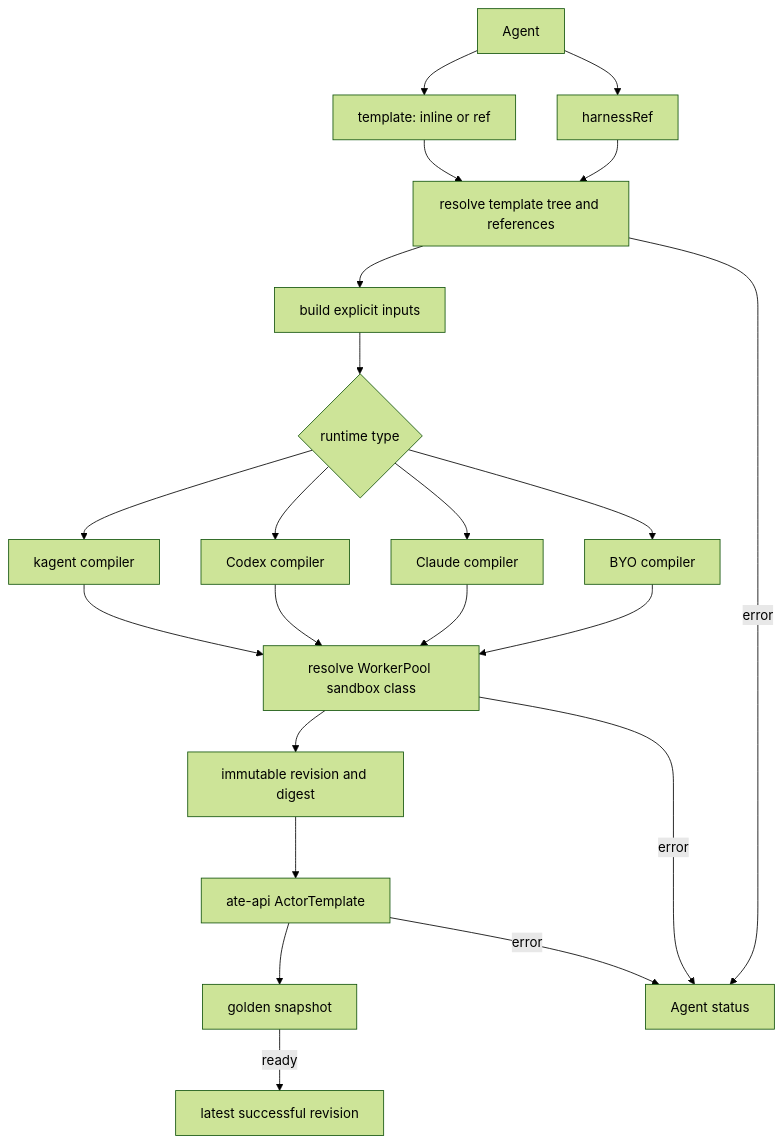
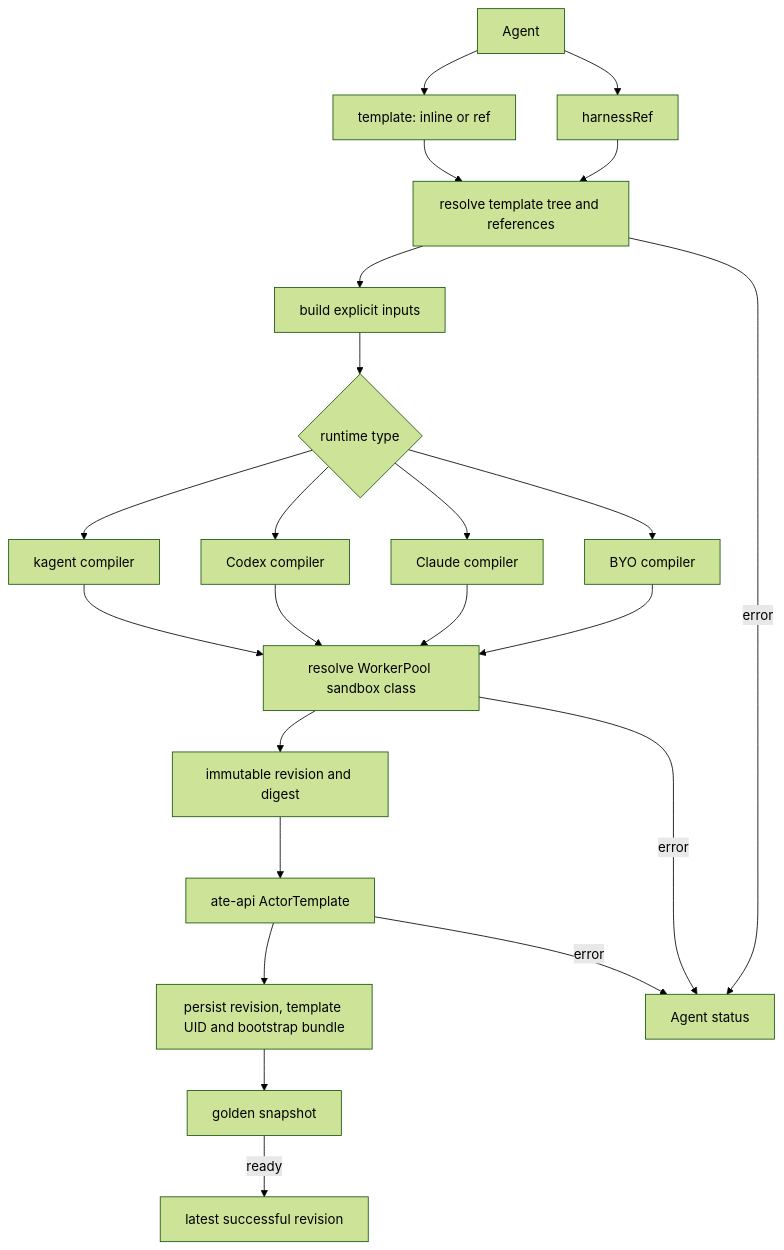
Before and after one commit to kagent-dev/kagent: the diagram in docs/architecture/configuration-and-compilation.md, drawn with Mermaid (forest theme). The commit also changed other lines of this file and 88 other files, not shown here.

First line of the commit message:
feat(runtime): bootstrap revision configuration from durable bundles (#3515)

````diff
--- a/docs/architecture/configuration-and-compilation.md
+++ b/docs/architecture/configuration-and-compilation.md
@@ -137,24 +137,25 @@
 ```mermaid
 flowchart TD
     A[Agent] --> T[template: inline or ref]
     A --> H[harnessRef]
     T --> RESOLVE[resolve template tree and references]
     H --> RESOLVE
     RESOLVE --> INPUTS[build explicit inputs]
     INPUTS --> REGISTRY{runtime type}
     REGISTRY --> K[kagent compiler]
     REGISTRY --> X[Codex compiler]
     REGISTRY --> C[Claude compiler]
     REGISTRY --> B[BYO compiler]
     K --> POOL[resolve WorkerPool sandbox class]
     X --> POOL
     C --> POOL
     B --> POOL
     POOL --> REV[immutable revision and digest]
     POOL -->|error| STATUS
     REV --> ATE[ate-api ActorTemplate]
-    ATE --> GOLDEN[golden snapshot]
+    ATE --> BUNDLE[persist revision, template UID and bootstrap bundle]
+    BUNDLE --> GOLDEN[golden snapshot]
     GOLDEN -->|ready| LATEST[latest successful revision]
     RESOLVE -->|error| STATUS[Agent status]
     ATE -->|error| STATUS
 ```
````
